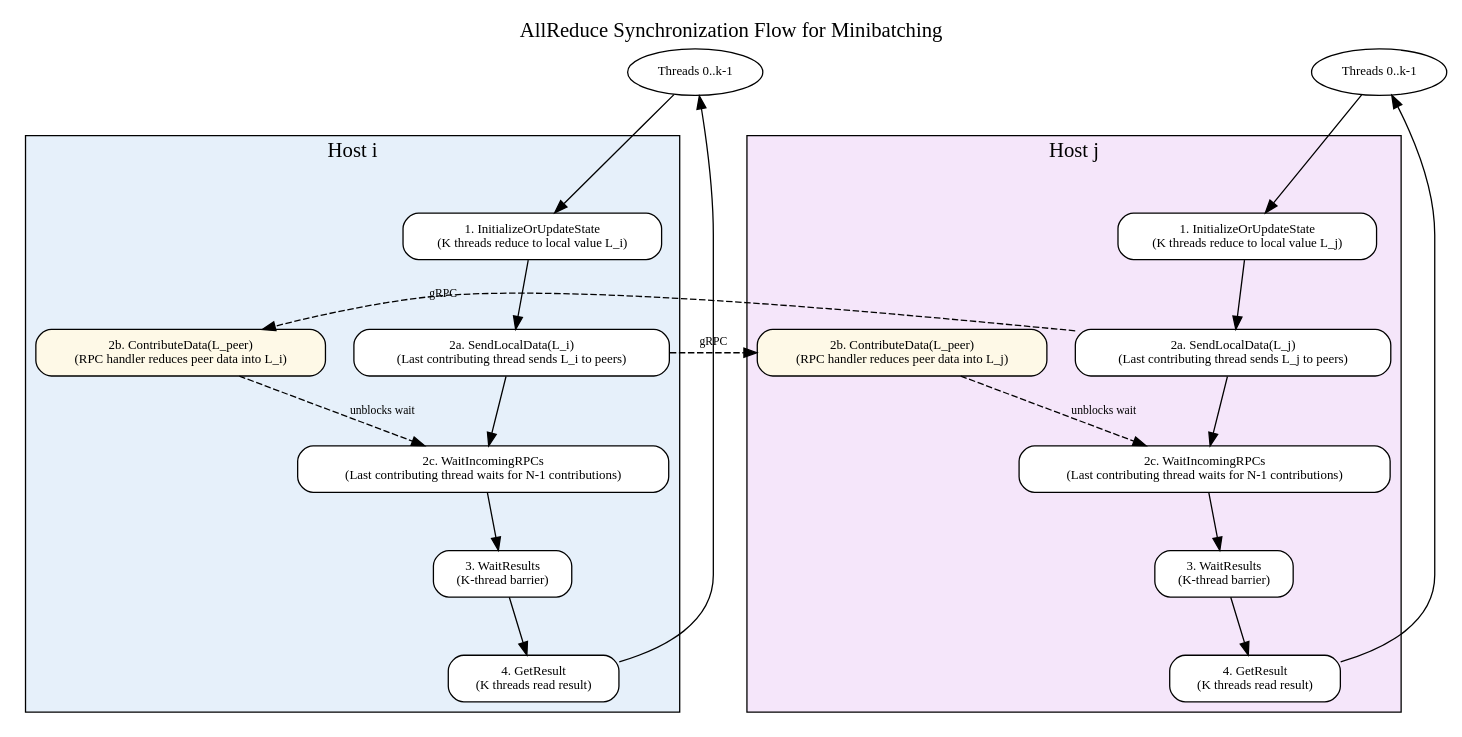
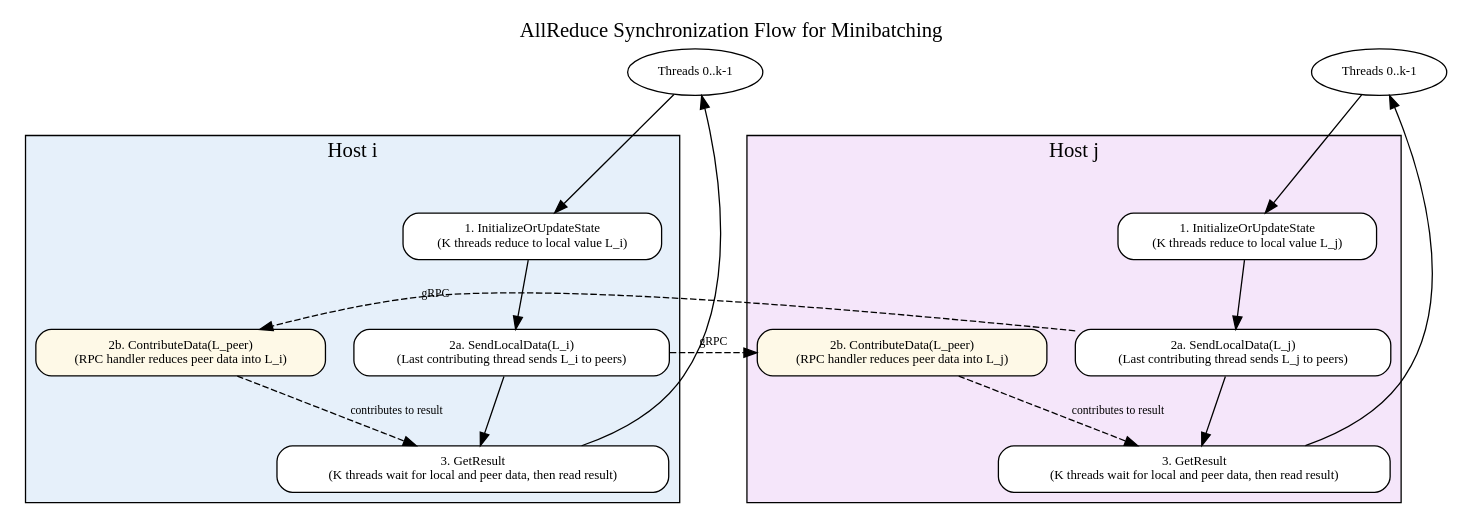
The diagram in jax_tpu_embedding/sparsecore/docs/advanced/minibatching.rst (jax-ml/jax-tpu-embedding), drawn with Graphviz before and after one commit. The commit also changed other lines of this file, not shown here.

```diff
--- a/jax_tpu_embedding/sparsecore/docs/advanced/minibatching.rst
+++ b/jax_tpu_embedding/sparsecore/docs/advanced/minibatching.rst
@@ -92,64 +188,58 @@
 .. graphviz::
 
   digraph G {
     node [shape=box, style="rounded,filled", fillcolor=white, fontsize=10];
       edge [fontsize=9];
       compound=true;
       newrank=true;
       rankdir=TB;
       nodesep=0.3;
       ranksep=0.6;
 
       label="AllReduce Synchronization Flow for Minibatching";
       labelloc=t;
       fontsize=16;
 
       Host_i_T [label="Threads 0..k-1", shape=ellipse];
       Host_j_T [label="Threads 0..k-1", shape=ellipse];
 
       subgraph cluster_host_i {
           label = "Host i";
           bgcolor="#E6F0FA";
           i_Init [label="1. InitializeOrUpdateState\n(K threads reduce to local value L_i)"];
           i_Send [label="2a. SendLocalData(L_i)\n(Last contributing thread sends L_i to peers)"];
           i_Handler [label="2b. ContributeData(L_peer)\n(RPC handler reduces peer data into L_i)", fillcolor="#FEF9E7"];
-          i_WaitRPCs [label="2c. WaitIncomingRPCs\n(Last contributing thread waits for N-1 contributions)"];
-          i_WaitRes [label="3. WaitResults\n(K-thread barrier)"];
-          i_GetRes [label="4. GetResult\n(K threads read result)"];
+          i_GetRes [label="3. GetResult\n(K threads wait for local and peer data, then read result)"];
 
-          i_Init -> i_Send -> i_WaitRPCs -> i_WaitRes -> i_GetRes;
-          i_Handler -> i_WaitRPCs [style=dashed, label="unblocks wait"];
+          i_Init -> i_Send -> i_GetRes;
+          i_Handler -> i_GetRes [style=dashed, label="contributes to result"];
       }
 
       subgraph cluster_host_j {
           label = "Host j";
           bgcolor="#F5E6FA";
           j_Init [label="1. InitializeOrUpdateState\n(K threads reduce to local value L_j)"];
           j_Send [label="2a. SendLocalData(L_j)\n(Last contributing thread sends L_j to peers)"];
           j_Handler [label="2b. ContributeData(L_peer)\n(RPC handler reduces peer data into L_j)", fillcolor="#FEF9E7"];
-          j_WaitRPCs [label="2c. WaitIncomingRPCs\n(Last contributing thread waits for N-1 contributions)"];
-          j_WaitRes [label="3. WaitResults\n(K-thread barrier)"];
-          j_GetRes [label="4. GetResult\n(K threads read result)"];
+          j_GetRes [label="3. GetResult\n(K threads wait for local and peer data, then read result)"];
 
-          j_Init -> j_Send -> j_WaitRPCs -> j_WaitRes -> j_GetRes;
-          j_Handler -> j_WaitRPCs [style=dashed, label="unblocks wait"];
+          j_Init -> j_Send -> j_GetRes;
+          j_Handler -> j_GetRes [style=dashed, label="contributes to result"];
       }
 
       Host_i_T -> i_Init;
       i_GetRes -> Host_i_T;
 
       Host_j_T -> j_Init;
       j_GetRes -> Host_j_T;
 
       // RPCs
       i_Send -> j_Handler [label="gRPC", style=dashed, constraint=false];
       j_Send -> i_Handler [label="gRPC", style=dashed, constraint=false];
 
       // Ranks
       {rank=same; Host_i_T; Host_j_T;}
       {rank=same; i_Init; j_Init;}
       {rank=same; i_Send; j_Send; i_Handler; j_Handler;}
-      {rank=same; i_WaitRPCs; j_WaitRPCs;}
-      {rank=same; i_WaitRes; j_WaitRes;}
       {rank=same; i_GetRes; j_GetRes;}
   }
```
